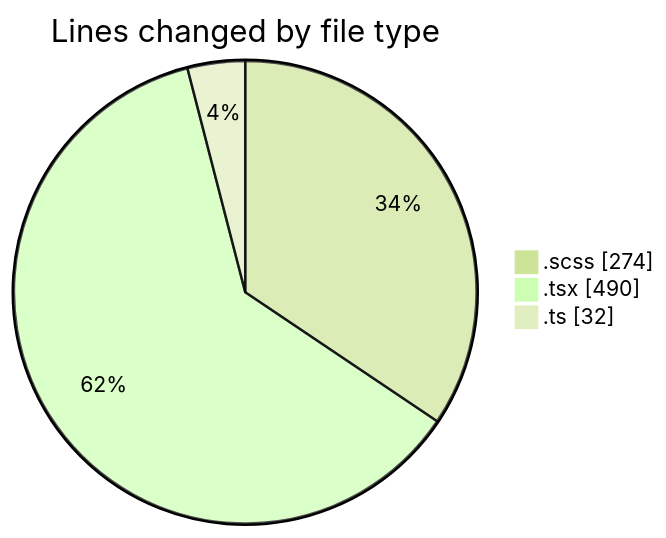
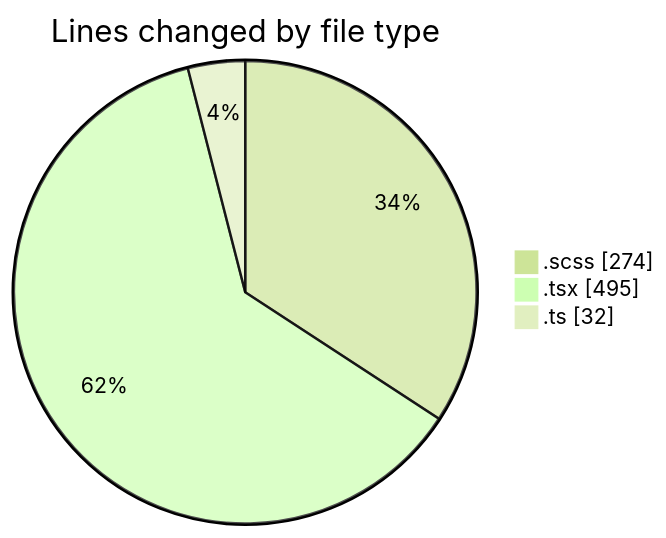
The first of 2 diagrams in 2025-03-04/cda/README.md (momahboobian/code-tracking), drawn with Mermaid (forest theme) before and after one commit. The commit also changed other lines of this file and 1 other file, not shown here.

````diff
--- a/2025-03-04/cda/README.md
+++ b/2025-03-04/cda/README.md
@@ -25,7 +25,7 @@
 ```mermaid
 pie showData
 title Lines changed by file type
 ".scss" : 274
-".tsx" : 490
+".tsx" : 495
 ".ts" : 32
 ```
````
